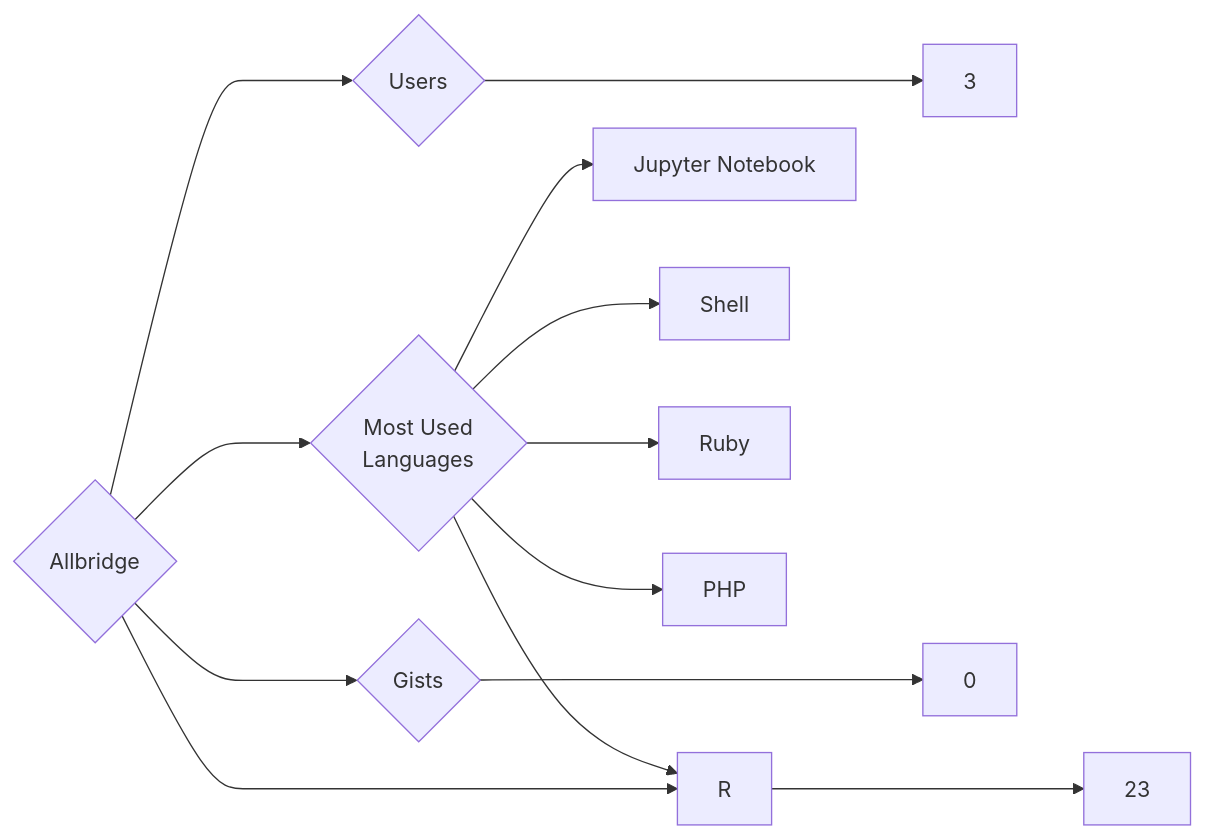
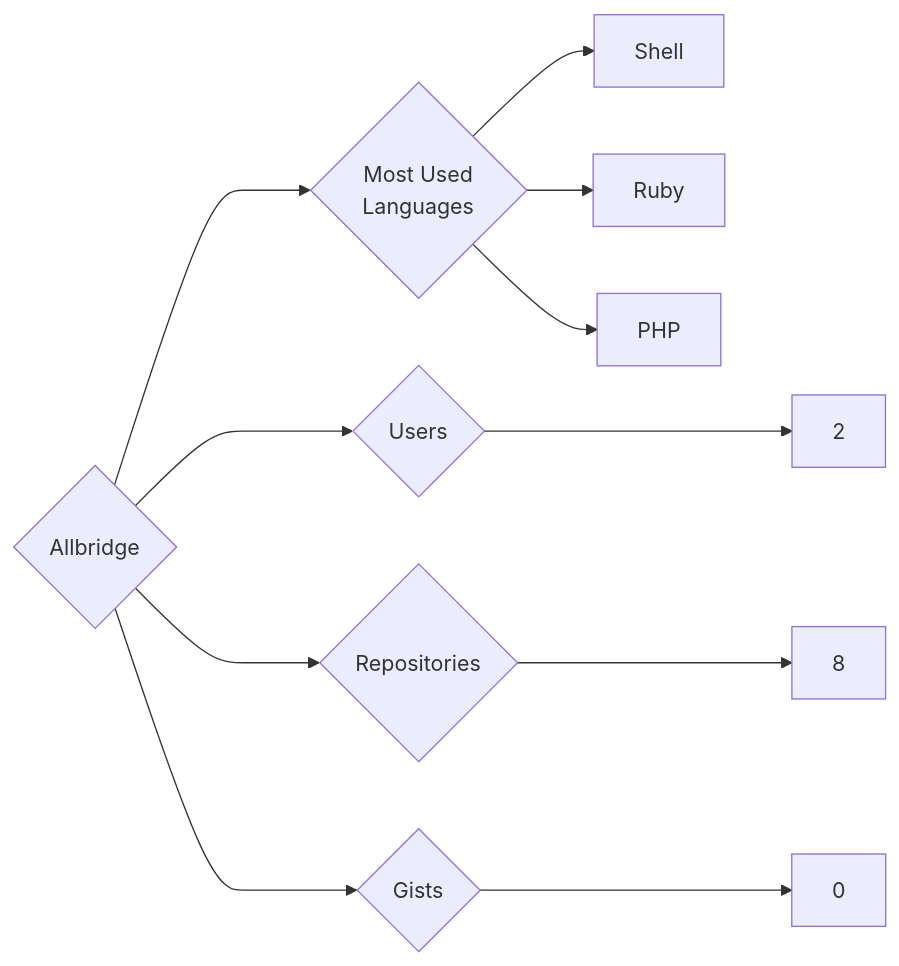
Before and after one commit to trickest/insiders: the diagram in targets/Allbridge/README.md, drawn with Mermaid. The commit also changed 840 other files, not shown here.

````diff
--- a/targets/Allbridge/README.md
+++ b/targets/Allbridge/README.md
@@ -3,13 +3,11 @@
 ```mermaid
 graph LR
 COMPANY_NAME{Allbridge}
-COMPANY_NAME ---> U{Users} ---> UN[3]
-COMPANY_NAME ---> R{Repositories} ---> RN[23]
+COMPANY_NAME ---> U{Users} ---> UN[2]
+COMPANY_NAME ---> R{Repositories} ---> RN[8]
 COMPANY_NAME ---> G{Gists} ---> GN[0]
 COMPANY_NAME ---> ML{Most Used<br>Languages}
-ML --> Jupyter_Notebook[Jupyter Notebook]
 ML --> Shell[Shell]
 ML --> Ruby[Ruby]
-ML --> R[R]
 ML --> PHP[PHP]
 ```
````
